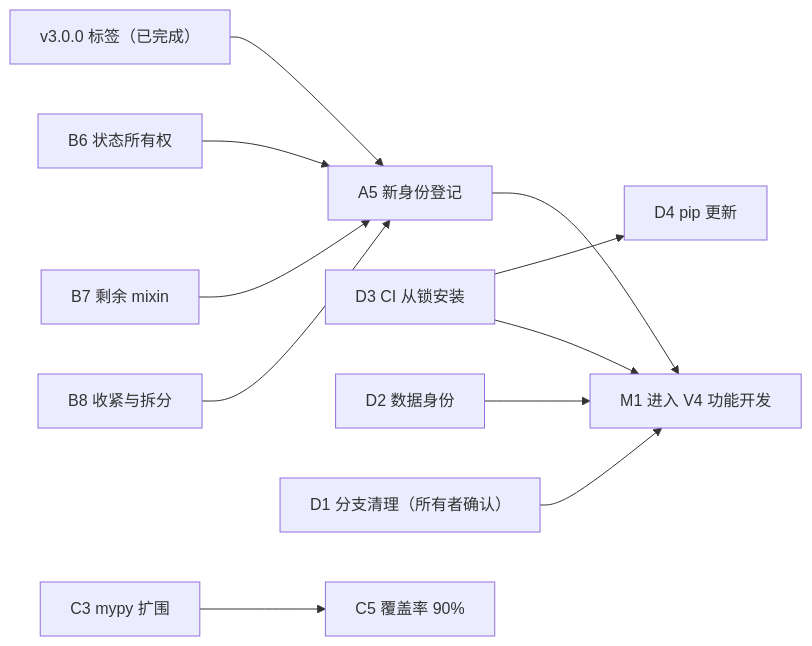
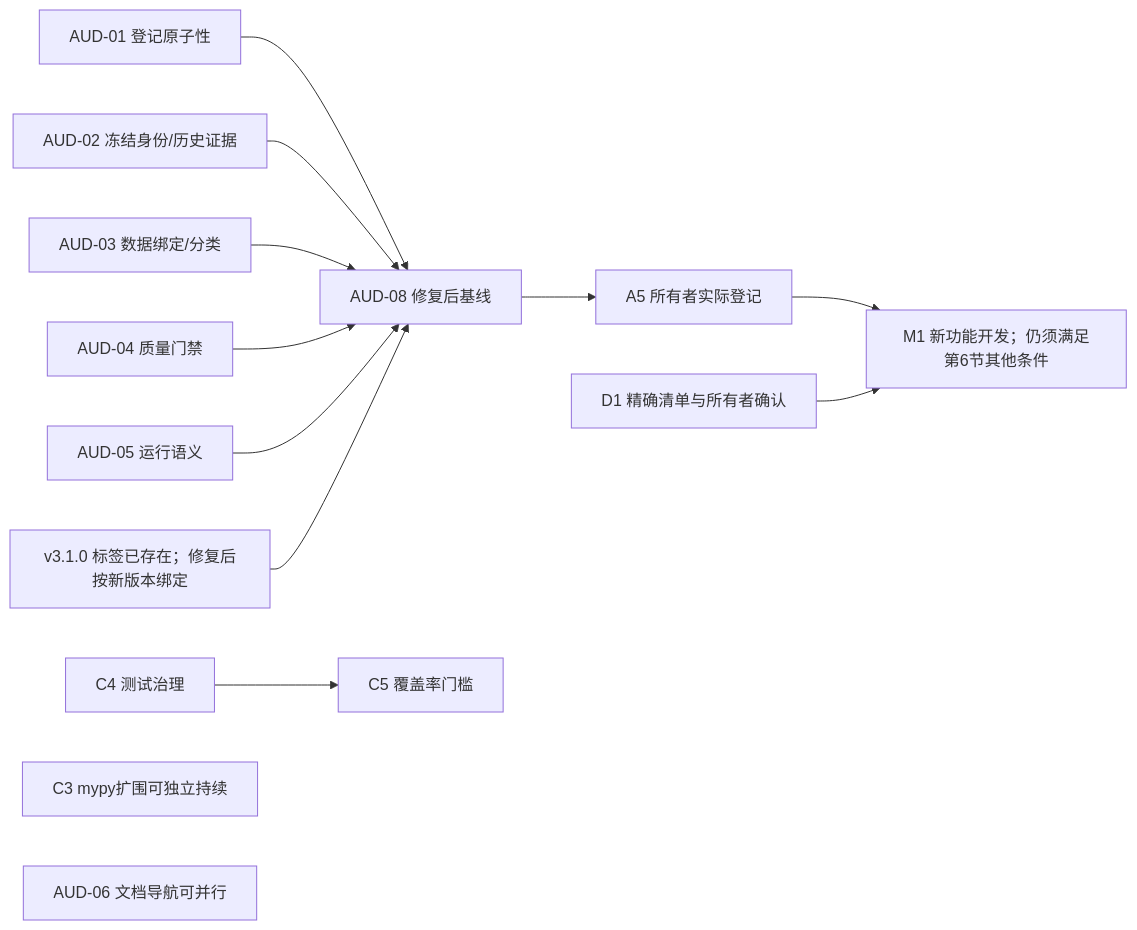
Before and after one commit to user-nmmmmm/QuantTradingV2: the diagram in docs/infrastructure_roadmap.md, drawn with Mermaid. The commit also changed other lines of this file and 2 other files, not shown here.

First line of the commit message:
docs: verify public main review findings and revise infrastructure roadmap

````diff
--- a/docs/infrastructure_roadmap.md
+++ b/docs/infrastructure_roadmap.md
@@ -138,13 +153,15 @@
 ```mermaid
 flowchart LR
-  TAG["v3.0.0 标签（已完成）"] --> A5["A5 新身份登记"]
-  B6["B6 状态所有权"] --> A5
-  B7["B7 剩余 mixin"] --> A5
-  B8["B8 收紧与拆分"] --> A5
-  D3["D3 CI 从锁安装"] --> D4["D4 pip 更新"]
-  D2["D2 数据身份"] --> M1["M1 进入 V4 功能开发"]
-  D3 --> M1
-  A5 --> M1
-  D1["D1 分支清理（所有者确认）"] --> M1
-  C3["C3 mypy 扩围"] --> C5["C5 覆盖率 90%"]
+  A1["AUD-01 登记原子性"] --> V["AUD-08 修复后基线"]
+  A2["AUD-02 冻结身份/历史证据"] --> V
+  A3["AUD-03 数据绑定/分类"] --> V
+  A4["AUD-04 质量门禁"] --> V
+  A5["AUD-05 运行语义"] --> V
+  TAG["v3.1.0 标签已存在；修复后按新版本绑定"] --> V
+  V --> REG["A5 所有者实际登记"]
+  REG --> M1["M1 新功能开发；仍须满足第6节其他条件"]
+  D1["D1 精确清单与所有者确认"] --> M1
+  C4["C4 测试治理"] --> C5["C5 覆盖率门槛"]
+  C3["C3 mypy扩围可独立持续"]
+  DOC["AUD-06 文档导航可并行"]
 ```
````
